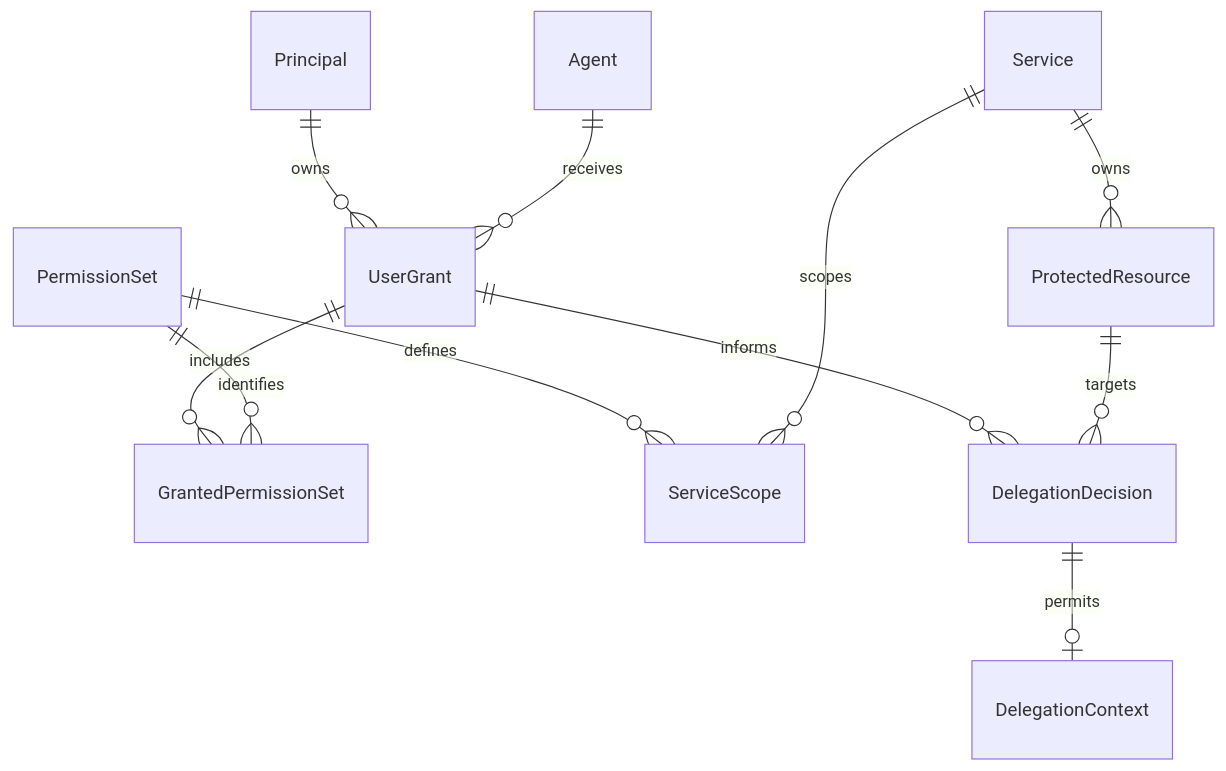
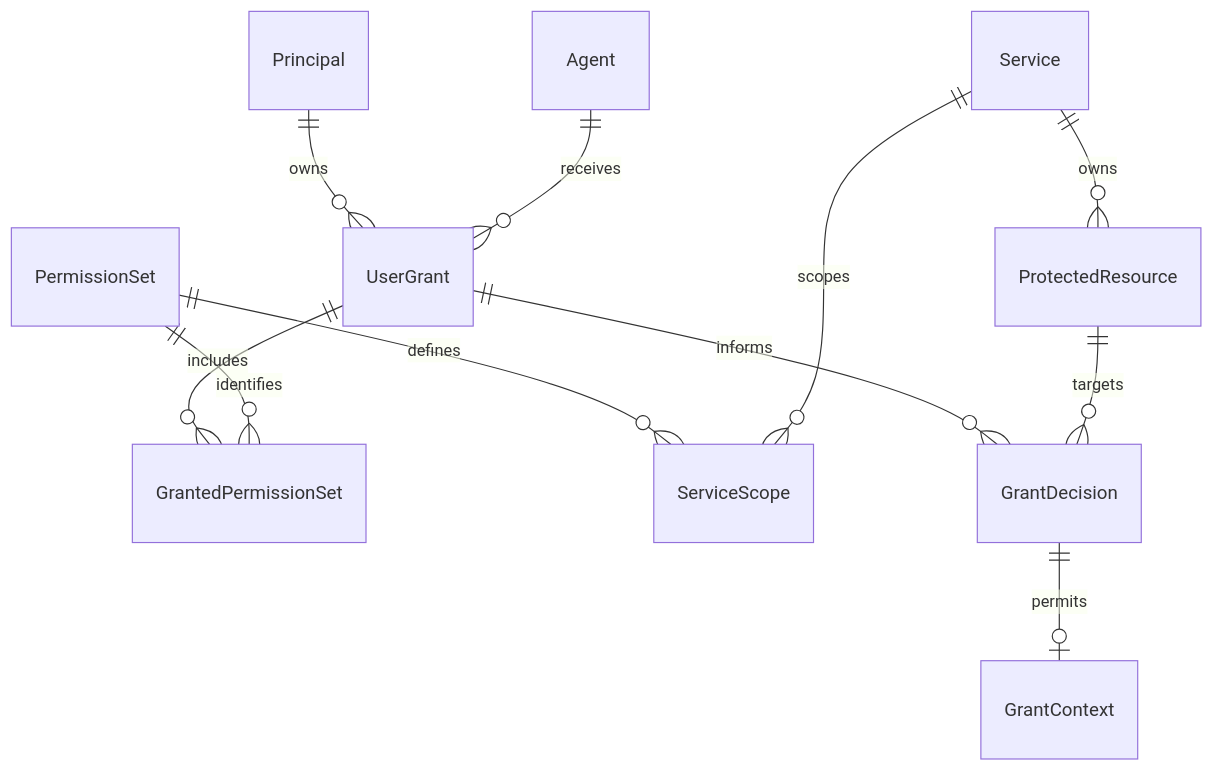
One commit to zalando-incubator/agentic-identity-broker changed the first of 2 diagrams in specs/054-authzen-delegation-pip/spec.md. Above: the diagram before and after it, drawn with Mermaid. The commit also changed other lines of this file and 77 other files, not shown here.

````diff
--- a/specs/054-authzen-delegation-pip/spec.md
+++ b/specs/054-authzen-delegation-pip/spec.md
@@ -725,13 +725,13 @@
 ```mermaid
 erDiagram
     Principal ||--o{ UserGrant : owns
     Agent ||--o{ UserGrant : receives
     UserGrant ||--o{ GrantedPermissionSet : includes
     PermissionSet ||--o{ GrantedPermissionSet : identifies
     PermissionSet ||--o{ ServiceScope : defines
     Service ||--o{ ServiceScope : scopes
     Service ||--o{ ProtectedResource : owns
-    UserGrant ||--o{ DelegationDecision : informs
-    ProtectedResource ||--o{ DelegationDecision : targets
-    DelegationDecision ||--o| DelegationContext : permits
+    UserGrant ||--o{ GrantDecision : informs
+    ProtectedResource ||--o{ GrantDecision : targets
+    GrantDecision ||--o| GrantContext : permits
 ```
````
